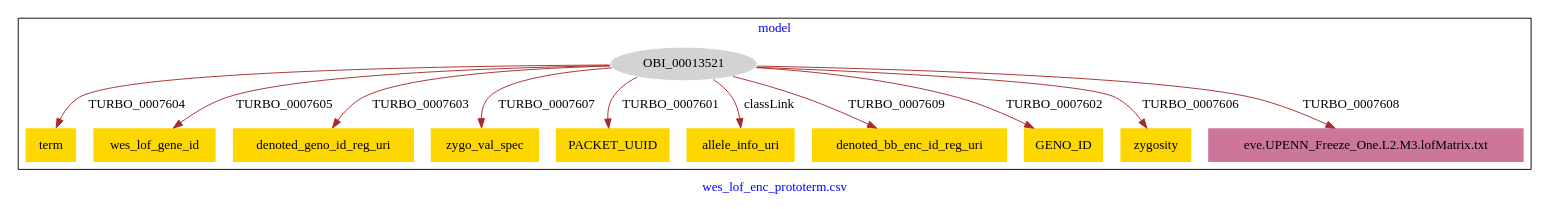
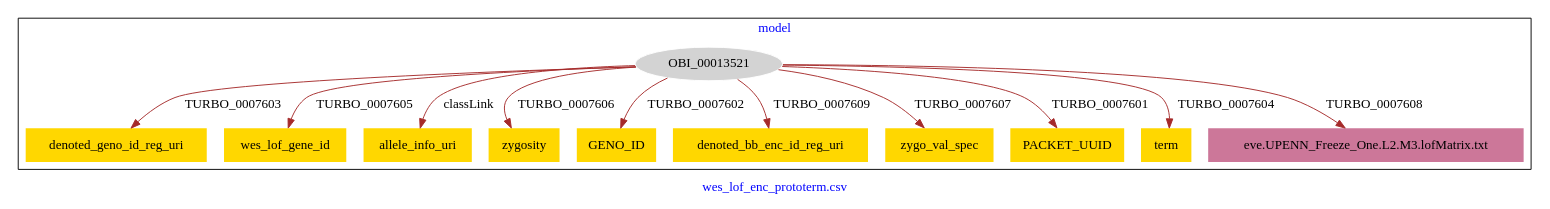
One commit to PennTURBO/turbo-ontology changed the diagram in karma_models/wes_lof_enc_prototerm_shortcuts-model.dot. Above: the diagram before and after it, drawn with Graphviz.

Commit message:
Update file wes_lof_enc_prototerm_shortcuts-model.dot

```diff
--- a/karma_models/wes_lof_enc_prototerm_shortcuts-model.dot
+++ b/karma_models/wes_lof_enc_prototerm_shortcuts-model.dot
@@ -1,29 +1,29 @@
 digraph n0 {
 fontcolor="blue"
 remincross="true"
 label="wes_lof_enc_prototerm.csv"
 subgraph cluster {
 label="model"
 n2[style="filled",color="white",fillcolor="lightgray",label="OBI_00013521"];
-n3[shape="plaintext",style="filled",fillcolor="gold",label="term"];
+n3[shape="plaintext",style="filled",fillcolor="gold",label="denoted_geno_id_reg_uri"];
 n4[shape="plaintext",style="filled",fillcolor="gold",label="wes_lof_gene_id"];
-n5[shape="plaintext",style="filled",fillcolor="gold",label="denoted_geno_id_reg_uri"];
-n6[shape="plaintext",style="filled",fillcolor="gold",label="zygo_val_spec"];
-n7[shape="plaintext",style="filled",fillcolor="gold",label="PACKET_UUID"];
-n8[shape="plaintext",style="filled",fillcolor="gold",label="allele_info_uri"];
-n9[shape="plaintext",style="filled",fillcolor="gold",label="denoted_bb_enc_id_reg_uri"];
-n10[shape="plaintext",style="filled",fillcolor="gold",label="GENO_ID"];
-n11[shape="plaintext",style="filled",fillcolor="gold",label="zygosity"];
+n5[shape="plaintext",style="filled",fillcolor="gold",label="allele_info_uri"];
+n6[shape="plaintext",style="filled",fillcolor="gold",label="zygosity"];
+n7[shape="plaintext",style="filled",fillcolor="gold",label="GENO_ID"];
+n8[shape="plaintext",style="filled",fillcolor="gold",label="denoted_bb_enc_id_reg_uri"];
+n9[shape="plaintext",style="filled",fillcolor="gold",label="zygo_val_spec"];
+n10[shape="plaintext",style="filled",fillcolor="gold",label="PACKET_UUID"];
+n11[shape="plaintext",style="filled",fillcolor="gold",label="term"];
 n12[shape="plaintext",style="filled",fillcolor="#CC7799",label="eve.UPENN_Freeze_One.L2.M3.lofMatrix.txt"];
 }
-n2 -> n3[color="brown",fontcolor="black",label="TURBO_0007604"]
+n2 -> n3[color="brown",fontcolor="black",label="TURBO_0007603"]
 n2 -> n4[color="brown",fontcolor="black",label="TURBO_0007605"]
-n2 -> n5[color="brown",fontcolor="black",label="TURBO_0007603"]
-n2 -> n6[color="brown",fontcolor="black",label="TURBO_0007607"]
-n2 -> n7[color="brown",fontcolor="black",label="TURBO_0007601"]
-n2 -> n8[color="brown",fontcolor="black",label="classLink"]
-n2 -> n9[color="brown",fontcolor="black",label="TURBO_0007609"]
-n2 -> n10[color="brown",fontcolor="black",label="TURBO_0007602"]
-n2 -> n11[color="brown",fontcolor="black",label="TURBO_0007606"]
+n2 -> n5[color="brown",fontcolor="black",label="classLink"]
+n2 -> n6[color="brown",fontcolor="black",label="TURBO_0007606"]
+n2 -> n7[color="brown",fontcolor="black",label="TURBO_0007602"]
+n2 -> n8[color="brown",fontcolor="black",label="TURBO_0007609"]
+n2 -> n9[color="brown",fontcolor="black",label="TURBO_0007607"]
+n2 -> n10[color="brown",fontcolor="black",label="TURBO_0007601"]
+n2 -> n11[color="brown",fontcolor="black",label="TURBO_0007604"]
 n2 -> n12[color="brown",fontcolor="black",label="TURBO_0007608"]
 }
```
